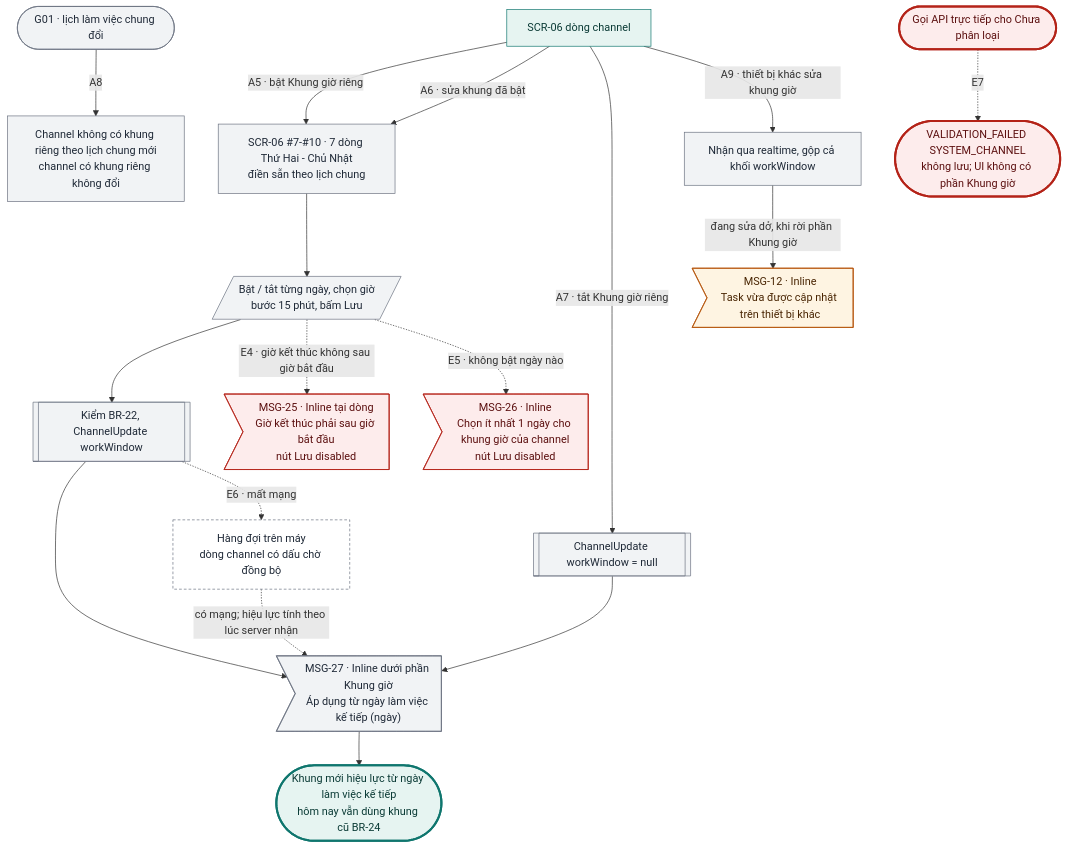
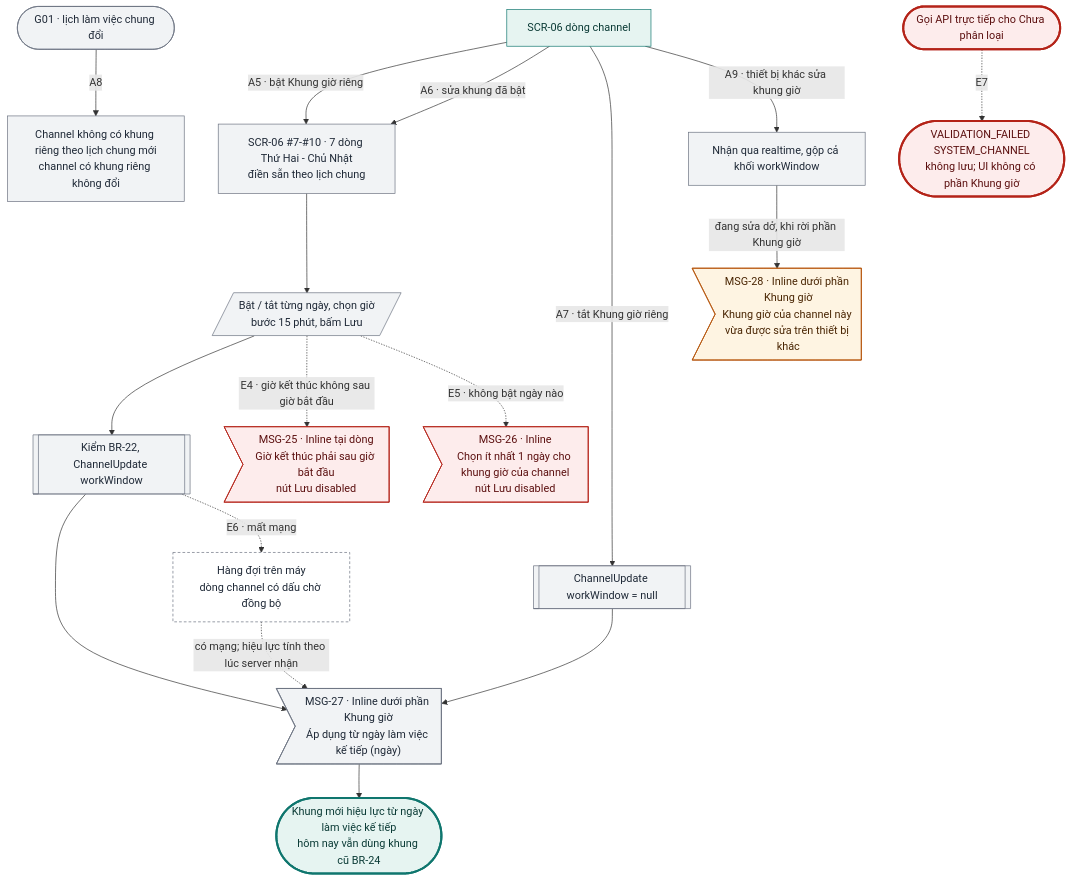
Diagram 15 of 15 in docs/design-brief/flow/g02-quan-ly-task.md (tannguyenho/personal-app), drawn with Mermaid before and after one commit. The commit also changed other lines of this file and 6 other files, not shown here.

First line of the commit message:
docs(G02, G04): áp quyết định PO 09/11 vào SRS, PRD, flow; IA trỏ mã mới

````diff
--- a/docs/design-brief/flow/g02-quan-ly-task.md
+++ b/docs/design-brief/flow/g02-quan-ly-task.md
@@ -665,38 +665,38 @@
 ```mermaid
 flowchart TD
   s1["SCR-06 dòng channel"]
   s1 -->|"A5 · bật Khung giờ riêng"| a5["SCR-06 #7-#10 · 7 dòng Thứ Hai - Chủ Nhật<br/>điền sẵn theo lịch chung"]
   s1 -->|"A6 · sửa khung đã bật"| a5
   a5 --> u1[/"Bật / tắt từng ngày, chọn giờ<br/>bước 15 phút, bấm Lưu"/]
   u1 --> p1[["Kiểm BR-22, ChannelUpdate workWindow"]]
   p1 --> m1>"MSG-27 · Inline dưới phần Khung giờ<br/>Áp dụng từ ngày làm việc kế tiếp (ngày)"]
   m1 --> ok(["Khung mới hiệu lực từ ngày làm việc kế tiếp<br/>hôm nay vẫn dùng khung cũ BR-24"])
   s1 -->|"A7 · tắt Khung giờ riêng"| a7[["ChannelUpdate workWindow = null"]]
   a7 --> m1
   g01(["G01 · lịch làm việc chung đổi"]) -->|"A8"| a8["Channel không có khung riêng theo lịch chung mới<br/>channel có khung riêng không đổi"]
   s1 -->|"A9 · thiết bị khác sửa khung giờ"| a9["Nhận qua realtime, gộp cả khối workWindow"]
-  a9 -->|"đang sửa dở, khi rời phần Khung giờ"| a9m>"MSG-12 · Inline<br/>Task vừa được cập nhật trên thiết bị khác"]
+  a9 -->|"đang sửa dở, khi rời phần Khung giờ"| a9m>"MSG-28 · Inline dưới phần Khung giờ<br/>Khung giờ của channel này vừa được sửa trên thiết bị khác"]
 
   u1 -.->|"E4 · giờ kết thúc không sau giờ bắt đầu"| e4m>"MSG-25 · Inline tại dòng<br/>Giờ kết thúc phải sau giờ bắt đầu<br/>nút Lưu disabled"]
   u1 -.->|"E5 · không bật ngày nào"| e5m>"MSG-26 · Inline<br/>Chọn ít nhất 1 ngày cho khung giờ của channel<br/>nút Lưu disabled"]
   p1 -.->|"E6 · mất mạng"| e6["Hàng đợi trên máy<br/>dòng channel có dấu chờ đồng bộ"]
   e6 -.->|"có mạng; hiệu lực tính theo lúc server nhận"| m1
   api(["Gọi API trực tiếp cho Chưa phân loại"]) -.->|"E7"| e7(["VALIDATION_FAILED SYSTEM_CHANNEL<br/>không lưu; UI không có phần Khung giờ"])
 
   class s1 happy
   class a5,u1,p1,m1,a7,g01,a8,a9 alt
   class a9m warn
   class e4m,e5m err
   class e6 sync
   class ok done
   class api,e7 fail
   classDef happy fill:#E6F4F1,stroke:#0F766E,color:#0B3B36
   classDef alt fill:#F1F3F5,stroke:#6B7280,color:#1F2937
   classDef err fill:#FDECEC,stroke:#B42318,color:#5C1010
   classDef warn fill:#FEF4E2,stroke:#B45309,color:#4A2604
   classDef ai fill:#F1ECFD,stroke:#6D28D9,color:#2E1065
   classDef sync fill:#FFFFFF,stroke:#6B7280,stroke-dasharray:4 3,color:#1F2937
   classDef link fill:#FFFFFF,stroke:#0F766E,stroke-dasharray:4 3,color:#0B3B36
   classDef done fill:#E6F4F1,stroke:#0F766E,stroke-width:3px,color:#0B3B36
   classDef fail fill:#FDECEC,stroke:#B42318,stroke-width:3px,color:#5C1010
 ```
````
